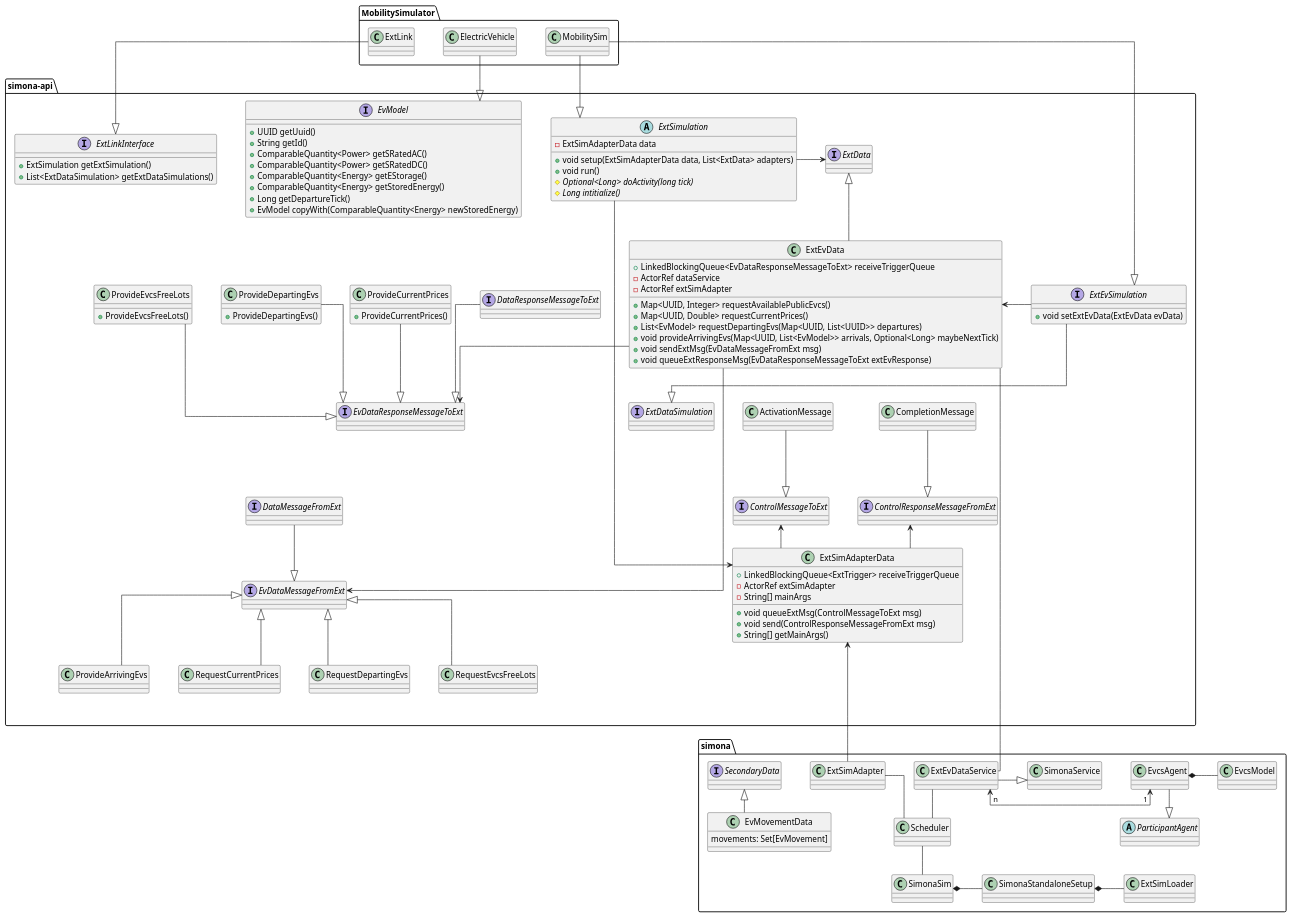
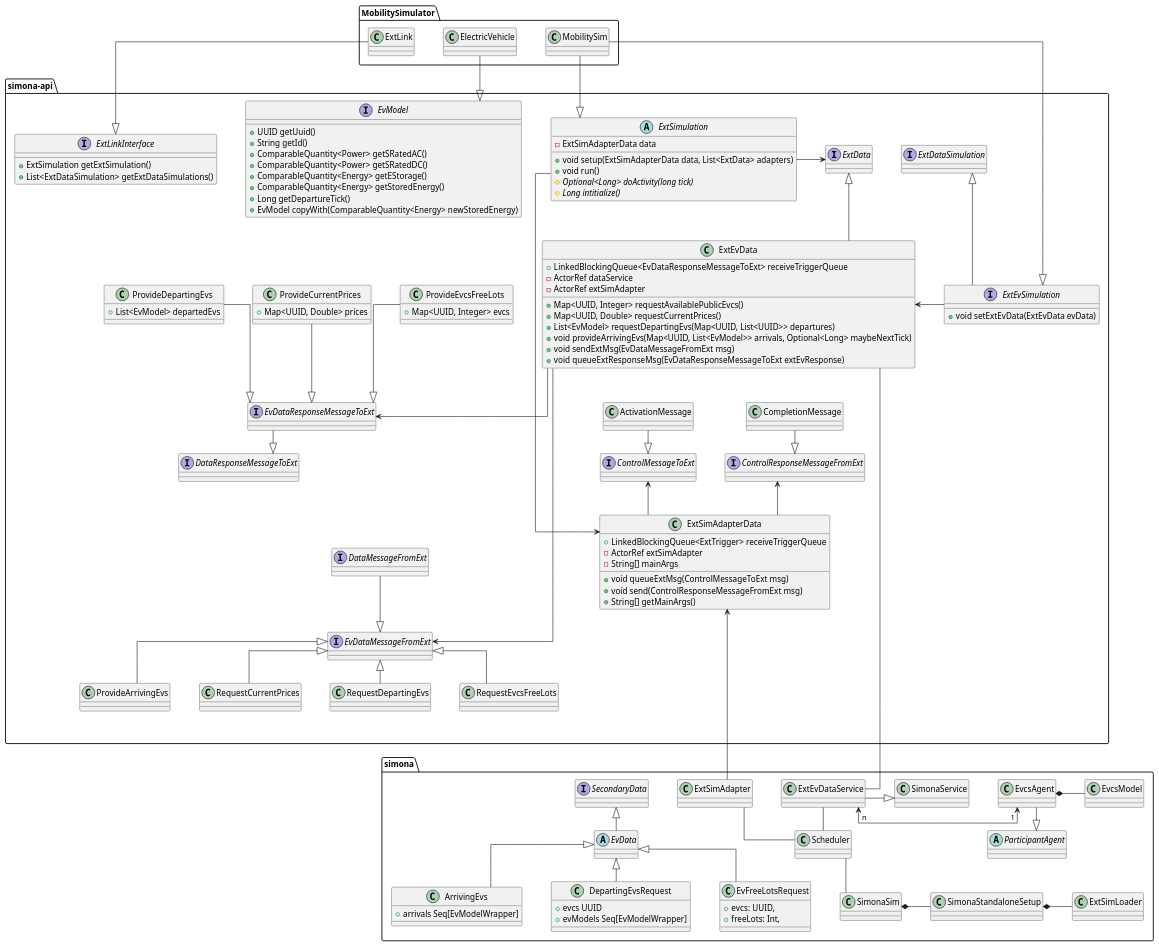
The diagram in docs/uml/main/ExtEvSimulationClasses.puml (ie3-institute/simona), drawn with PlantUML before and after one commit.

Commit message:
EvData case classes added + format changes

```diff
--- a/docs/uml/main/ExtEvSimulationClasses.puml
+++ b/docs/uml/main/ExtEvSimulationClasses.puml
@@ -42,7 +42,7 @@
 
     interface ExtDataSimulation
 
-    ExtEvSimulation --|> ExtDataSimulation
+    ExtEvSimulation --u|> ExtDataSimulation
 
     interface EvModel {
             + UUID getUuid()
@@ -91,7 +91,7 @@
     RequestCurrentPrices --u|> EvDataMessageFromExt
 
     DataMessageFromExt --d|> EvDataMessageFromExt
-    ExtEvData --r[norank]> EvDataMessageFromExt
+    ExtEvData -----> EvDataMessageFromExt
     ExtEvData --u|> ExtData
     ExtEvSimulation -u> ExtEvData
 
@@ -101,22 +101,22 @@
         interface EvDataResponseMessageToExt
 
         class ProvideCurrentPrices{
-            + ProvideCurrentPrices()
+            + Map<UUID, Double> prices
         }
 
         class ProvideDepartingEvs{
-            + ProvideDepartingEvs()
+            + List<EvModel> departedEvs
         }
 
         class ProvideEvcsFreeLots{
-             + ProvideEvcsFreeLots()
+             + Map<UUID, Integer> evcs
         }
 
          ProvideEvcsFreeLots --|> EvDataResponseMessageToExt
          ProvideDepartingEvs --|> EvDataResponseMessageToExt
          ProvideCurrentPrices --|> EvDataResponseMessageToExt
          ExtEvData --> EvDataResponseMessageToExt
-         DataResponseMessageToExt --|> EvDataResponseMessageToExt
+         EvDataResponseMessageToExt  --|> DataResponseMessageToExt
     }
 
     node sub3 {
@@ -154,9 +154,22 @@
     class EvcsAgent
 
     interface SecondaryData
-    class EvMovementData {
-        movements: Set[EvMovement]
+
+    class ArrivingEvs{
+        + arrivals Seq[EvModelWrapper]
     }
+
+    class DepartingEvsRequest{
+        + evcs UUID
+        + evModels Seq[EvModelWrapper]
+    }
+
+    class EvFreeLotsRequest{
+        + evcs: UUID,
+        + freeLots: Int,
+    }
+
+    abstract EvData
 
     class SimonaSim
 
@@ -177,7 +190,10 @@
     ExtSimAdapter - Scheduler
     ExtEvDataService -- Scheduler
 
-    SecondaryData <|-- EvMovementData
+    ArrivingEvs --u|> EvData
+    EvFreeLotsRequest --u|> EvData
+    DepartingEvsRequest --u|> EvData
+    SecondaryData <|-- EvData
 
     SimonaService <|- ExtEvDataService
     ExtEvData --- ExtEvDataService
@@ -197,6 +213,6 @@
 ExtLink -[hidden]> ElectricVehicle
 ExtSimulation -[hidden]> ExtEvSimulation
 ExtSimulation -[hidden]> DataResponseMessageToExt
-RequestDepartingEvs --[hidden]> SecondaryData
+ProvideArrivingEvs --[hidden]> ExtSimAdapter
 
 @enduml
```
